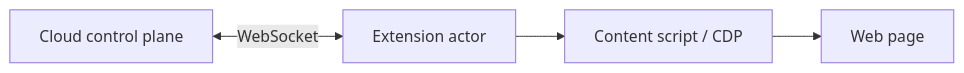
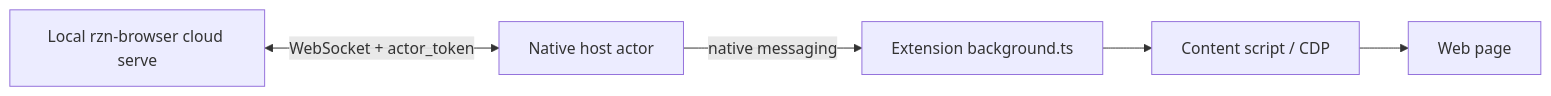
Before and after one commit to srv1n/rzn-browser: the third of 5 diagrams in docs/features/cloud_control_plane/README.md, drawn with Mermaid. The commit also changed other lines of this file and 250 other files, not shown here.

Commit message:
new supervisor architecture

````diff
--- a/docs/features/cloud_control_plane/README.md
+++ b/docs/features/cloud_control_plane/README.md
@@ -51,6 +70,7 @@
 ```mermaid
 flowchart LR
-  A["Cloud control plane"] <-->|"WebSocket"| B["Extension actor"]
-  B --> C["Content script / CDP"]
-  C --> D["Web page"]
+  A["Local rzn-browser cloud serve"] <-->|"WebSocket + actor_token"| B["Native host actor"]
+  B -->|"native messaging"| C["Extension background.ts"]
+  C --> D["Content script / CDP"]
+  D --> E["Web page"]
 ```
````
